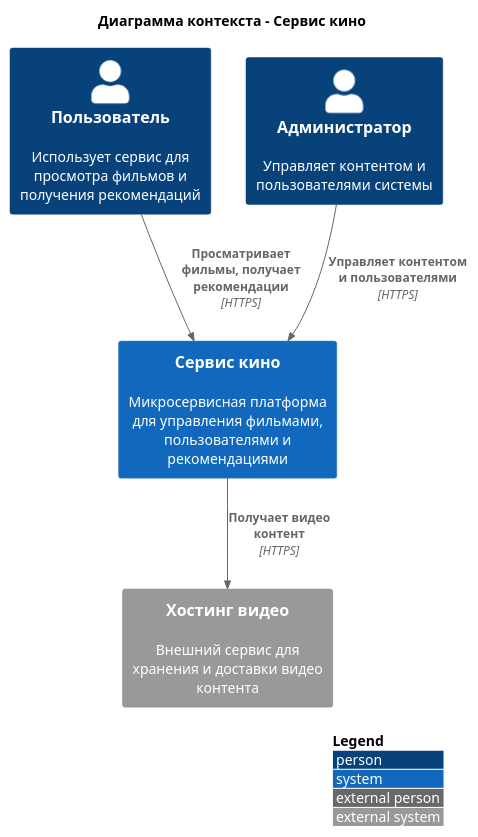
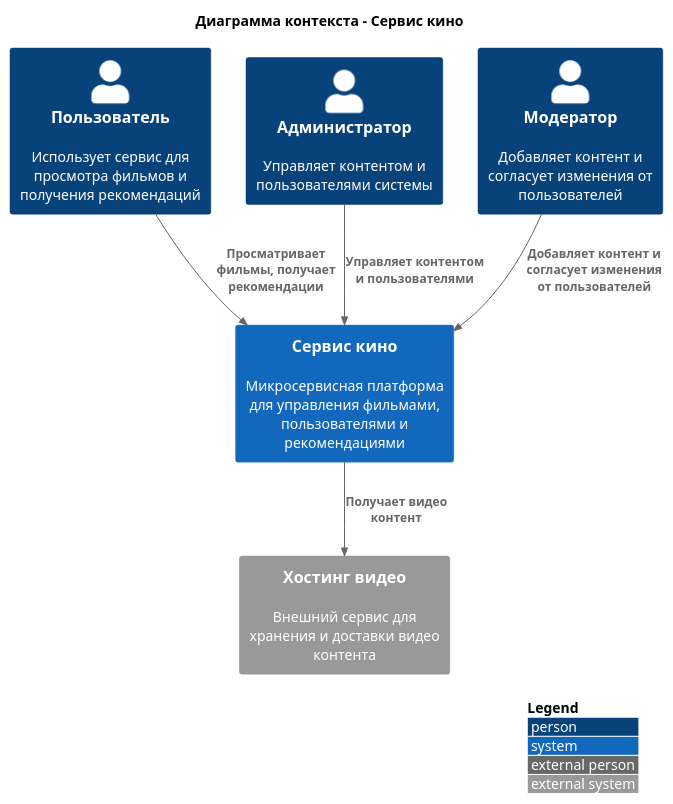
Before and after one commit to niksahn/ServerLaba: the diagram in diagrs/c4-context.puml, drawn with PlantUML. The commit also changed 4 other files, not shown here.

```diff
--- a/diagrs/c4-context.puml
+++ b/diagrs/c4-context.puml
@@ -1,19 +1,21 @@
 @startuml C4 Context Diagram
 !include https://raw.githubusercontent.com/plantuml-stdlib/C4-PlantUML/master/C4_Context.puml
 
 LAYOUT_WITH_LEGEND()
 
 title Диаграмма контекста - Сервис кино
 
 Person(user, "Пользователь", "Использует сервис для просмотра фильмов и получения рекомендаций")
 Person(admin, "Администратор", "Управляет контентом и пользователями системы")
+Person(moderator, "Модератор", "Добавляет контент и согласует изменения от пользователей")
 
 System(cinema_service, "Сервис кино", "Микросервисная платформа для управления фильмами, пользователями и рекомендациями")
 
 System_Ext(video_hosting, "Хостинг видео", "Внешний сервис для хранения и доставки видео контента")
+Rel(moderator, cinema_service, "Добавляет контент и согласует изменения от пользователей")
 
-Rel(user, cinema_service, "Просматривает фильмы, получает рекомендации", "HTTPS")
-Rel(admin, cinema_service, "Управляет контентом и пользователями", "HTTPS")
-Rel(cinema_service, video_hosting, "Получает видео контент", "HTTPS")
+Rel(user, cinema_service, "Просматривает фильмы, получает рекомендации" )
+Rel(admin, cinema_service, "Управляет контентом и пользователями" )
+Rel(cinema_service, video_hosting, "Получает видео контент" )
 
 @enduml
```
